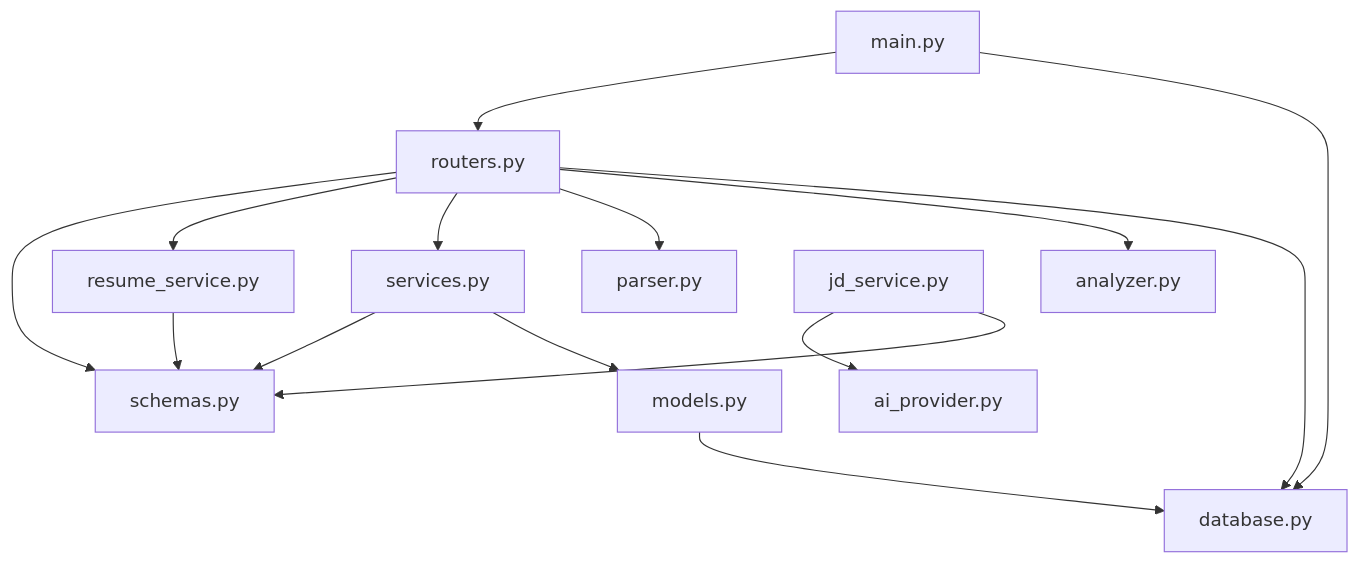
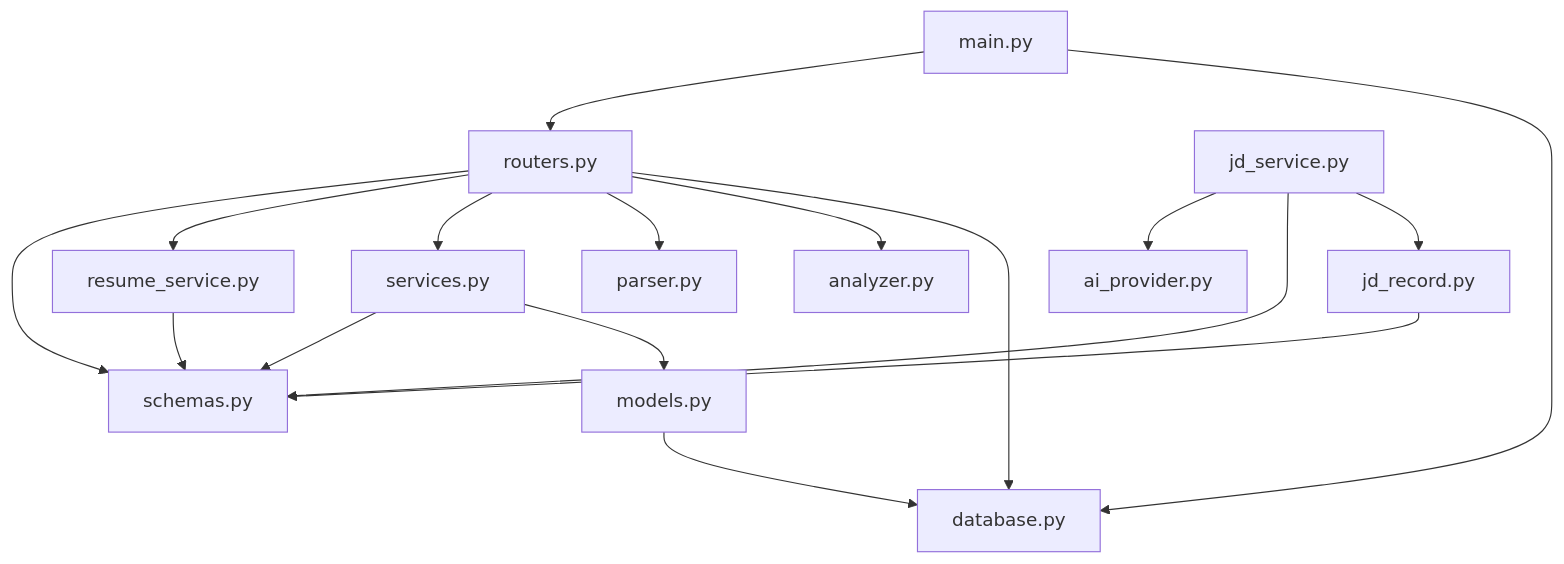
Before and after one commit to walteryt0994/RoleRadar: the diagram in README.md, drawn with Mermaid. The commit also changed other lines of this file and 7 other files, not shown here.

````diff
--- a/README.md
+++ b/README.md
@@ -500,20 +521,22 @@
 ```mermaid
 flowchart TD
     main["main.py"] --> routers["routers.py"]
     main --> database["database.py"]
 
     routers --> schemas["schemas.py"]
     routers --> resume_service["resume_service.py"]
     routers --> services["services.py"]
     routers --> parser["parser.py"]
     routers --> analyzer["analyzer.py"]
     routers --> database
 
     resume_service --> schemas
     services --> schemas
     services --> models["models.py"]
     models --> database
 
     jd_service["jd_service.py"] --> ai_provider["ai_provider.py"]
     jd_service --> schemas
+    jd_service --> jd_record["jd_record.py"]
+    jd_record --> schemas
 ```
````
